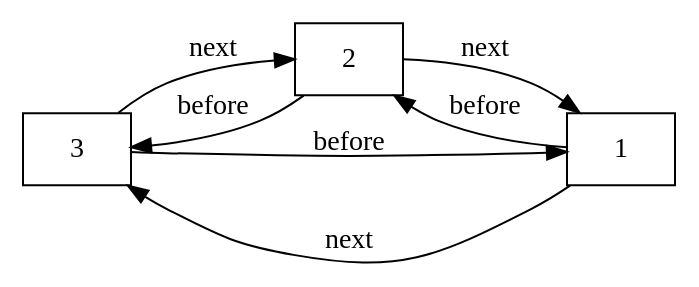
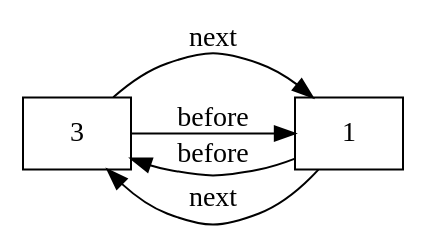
One commit to yassinebhk/42cursus changed the diagram in Push_swap/list_state_diagram.dot. Above: the diagram before and after it, drawn with Graphviz. The commit also changed 9 other files, not shown here.

```diff
--- a/Push_swap/list_state_diagram.dot
+++ b/Push_swap/list_state_diagram.dot
@@ -1,13 +1,10 @@
 digraph list_state_diagram {
 	node [shape=box]
 	rankdir=LR
 	node_3 [label=3]
-	node_2 [label=2]
-	node_3 -> node_2 [label=next]
-	node_2 -> node_3 [label=before]
 	node_1 [label=1]
-	node_2 -> node_1 [label=next]
-	node_1 -> node_2 [label=before]
+	node_3 -> node_1 [label=next]
+	node_1 -> node_3 [label=before]
 	node_1 -> node_3 [label=next]
 	node_3 -> node_1 [label=before]
 }
```
